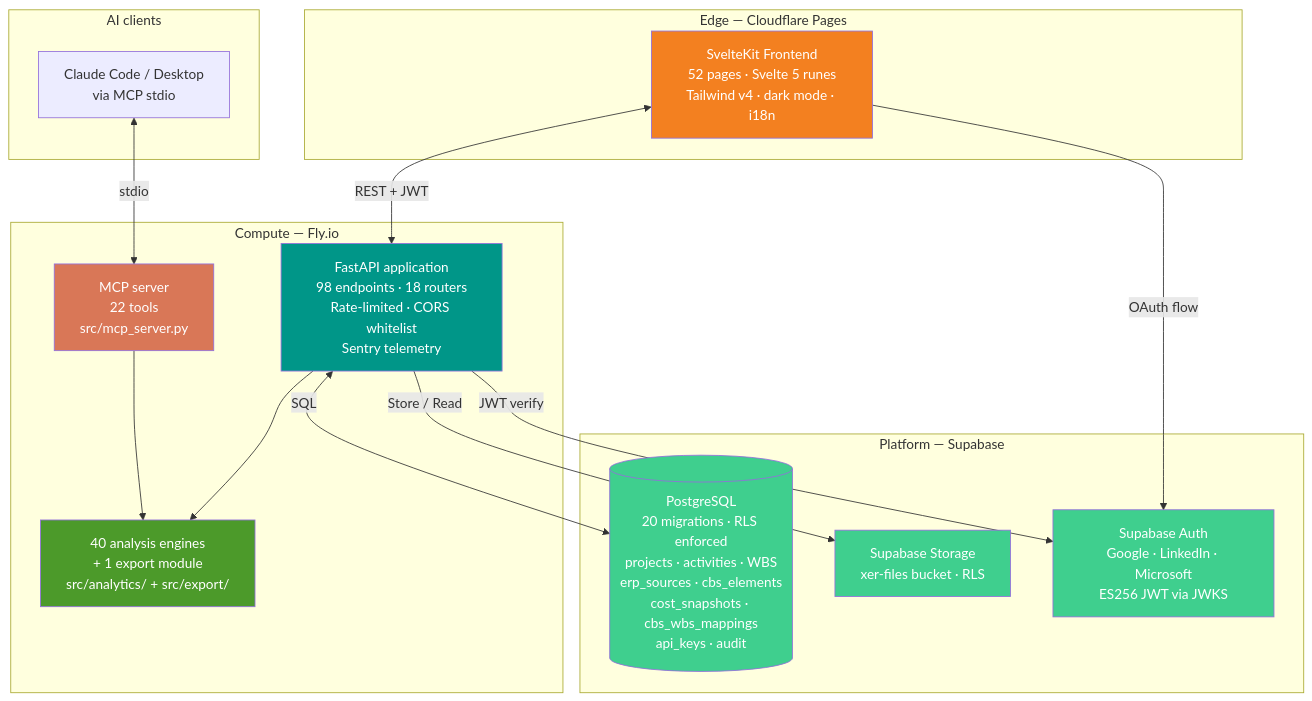
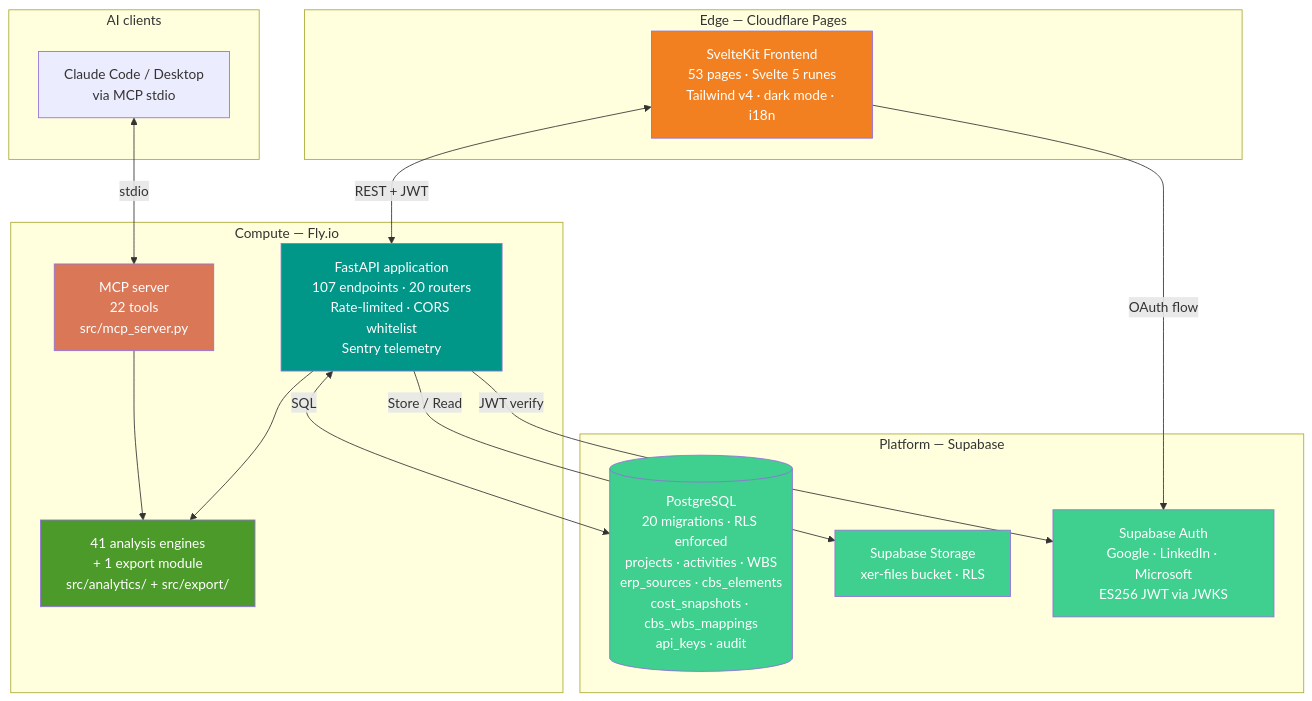
One commit to VitorMRodovalho/meridianiq changed the first of 8 diagrams in docs/architecture.md. Above: the diagram before and after it, drawn with Mermaid. The commit also changed other lines of this file and 3 other files, not shown here.

First line of the commit message:
docs: regenerate catalogs + refresh architecture for v3.7.0

````diff
--- a/docs/architecture.md
+++ b/docs/architecture.md
@@ -10,39 +10,39 @@
 ```mermaid
 graph TB
     subgraph "Edge — Cloudflare Pages"
-        UI[SvelteKit Frontend<br/>52 pages · Svelte 5 runes<br/>Tailwind v4 · dark mode · i18n]
+        UI[SvelteKit Frontend<br/>53 pages · Svelte 5 runes<br/>Tailwind v4 · dark mode · i18n]
     end
 
     subgraph "Compute — Fly.io"
-        API[FastAPI application<br/>98 endpoints · 18 routers<br/>Rate-limited · CORS whitelist<br/>Sentry telemetry]
-        ENGINES[40 analysis engines<br/>+ 1 export module<br/>src/analytics/ + src/export/]
+        API[FastAPI application<br/>107 endpoints · 20 routers<br/>Rate-limited · CORS whitelist<br/>Sentry telemetry]
+        ENGINES[41 analysis engines<br/>+ 1 export module<br/>src/analytics/ + src/export/]
         MCP[MCP server<br/>22 tools<br/>src/mcp_server.py]
         API --> ENGINES
         MCP --> ENGINES
     end
 
     subgraph "Platform — Supabase"
         AUTH["Supabase Auth<br/>Google · LinkedIn · Microsoft<br/>ES256 JWT via JWKS"]
         DB[("PostgreSQL<br/>20 migrations · RLS enforced<br/>projects · activities · WBS<br/>erp_sources · cbs_elements<br/>cost_snapshots · cbs_wbs_mappings<br/>api_keys · audit")]
         STORAGE["Supabase Storage<br/>xer-files bucket · RLS"]
     end
 
     subgraph "AI clients"
         CLAUDE[Claude Code / Desktop<br/>via MCP stdio]
     end
 
     UI <-->|REST + JWT| API
     CLAUDE <-->|stdio| MCP
     API <-->|SQL| DB
     API -->|Store / Read| STORAGE
     API -->|JWT verify| AUTH
     UI -->|OAuth flow| AUTH
 
     style UI fill:#F38020,color:#fff
     style API fill:#009688,color:#fff
     style ENGINES fill:#4C9A2A,color:#fff
     style MCP fill:#D97757,color:#fff
     style DB fill:#3FCF8E,color:#fff
     style AUTH fill:#3FCF8E,color:#fff
     style STORAGE fill:#3FCF8E,color:#fff
 ```
````
